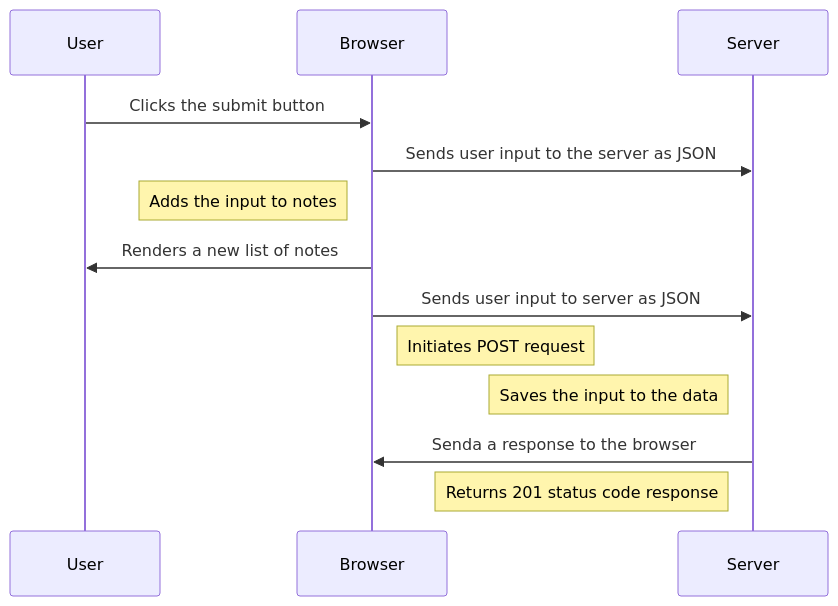
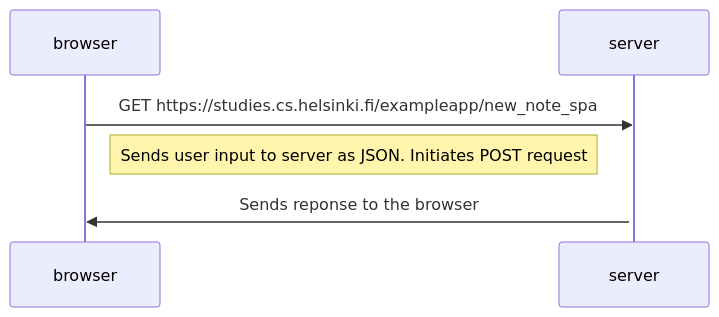
One commit to Yenya14/fullstackopen changed the diagram in part0/Exercire 0.6 New note in single app diagram.md. Above: the diagram before and after it, drawn with Mermaid. The commit also changed other lines of this file and 2 other files, not shown here.

Commit message:
feat: changes made

````diff
--- a/part0/Exercire 0.6 New note in single app diagram.md
+++ b/part0/Exercire 0.6 New note in single app diagram.md
@@ -1,16 +3,12 @@
 ```mermaid
 sequenceDiagram
-    participant U as User
-    participant B as Browser
-    participant S as Server
+    participant browser
+    participant server
 
-    U->>B: Clicks the submit button
-    B->>S: Sends user input to the server as JSON
-    Note left of B: Adds the input to notes
-    B->>U: Renders a new list of notes
-    B->>S: Sends user input to server as JSON
-    Note right of B: Initiates POST request
-    Note left of S: Saves the input to the data
-    S->>B: Senda a response to the browser
-    Note left of S: Returns 201 status code response
+    browser->>server: GET https://studies.cs.helsinki.fi/exampleapp/new_note_spa
+    activate server
+    
+    Note right of browser: Sends user input to server as JSON. Initiates POST request
+
+    server->>browser: Sends reponse to the browser
 ```
````
